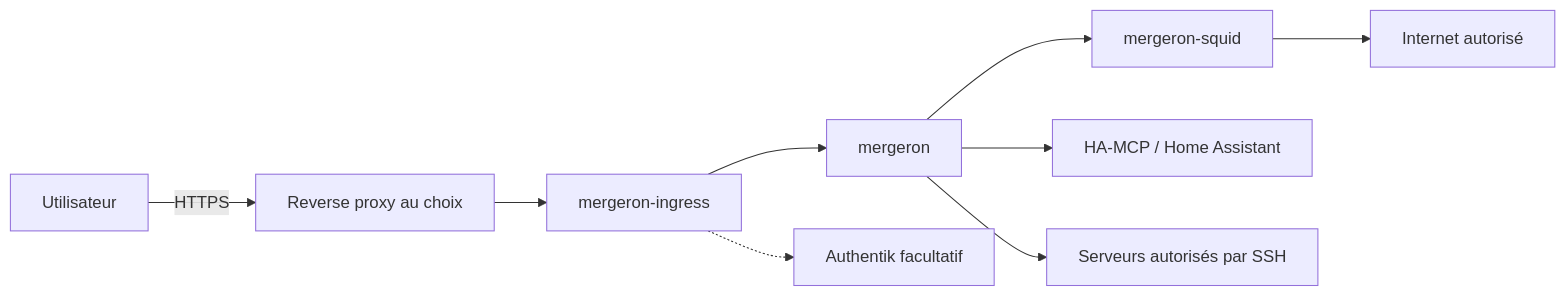
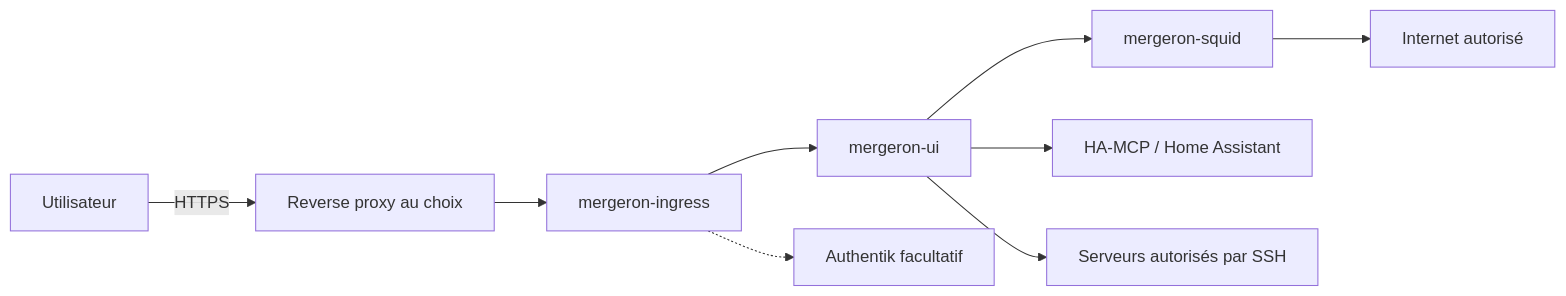
One commit to maxhugit/mergeron changed the diagram in README.md. Above: the diagram before and after it, drawn with Mermaid. The commit also changed other lines of this file and 10 other files, not shown here.

````diff
--- a/README.md
+++ b/README.md
@@ -51,11 +65,11 @@
 ```mermaid
 flowchart LR
     U[Utilisateur] -->|HTTPS| T[Reverse proxy au choix]
     T --> N[mergeron-ingress]
-    N --> C[mergeron]
+    N --> C[mergeron-ui]
     N -.-> A[Authentik facultatif]
     C --> S[mergeron-squid]
     S --> I[Internet autorisé]
     C --> H[HA-MCP / Home Assistant]
     C --> X[Serveurs autorisés par SSH]
 ```
````
